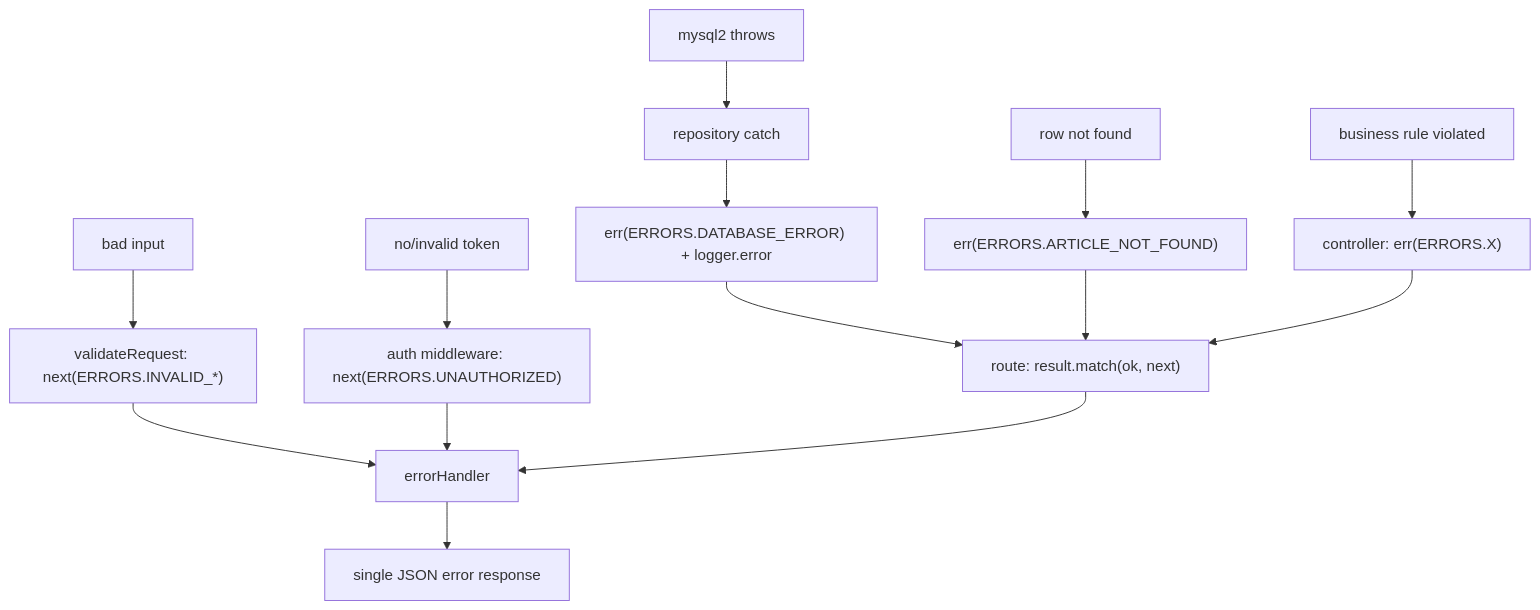
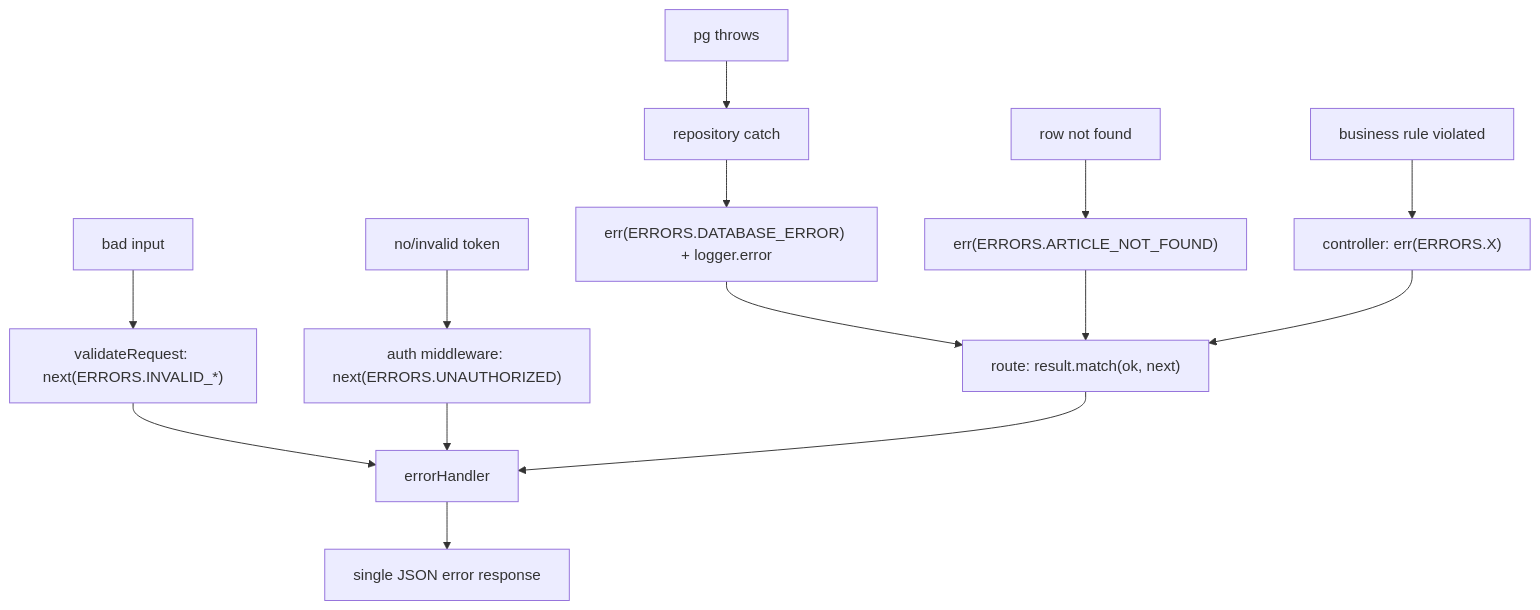
Before and after one commit to Prat05devs/pahadpulse: the diagram in guidelines/backend/06-error-and-logging.md, drawn with Mermaid. The commit also changed 90 other files, not shown here.

````diff
--- a/guidelines/backend/06-error-and-logging.md
+++ b/guidelines/backend/06-error-and-logging.md
@@ -10,12 +10,12 @@
 ```mermaid
 flowchart TD
-  A[mysql2 throws] --> B[repository catch]
+  A[pg throws] --> B[repository catch]
   B --> C["err(ERRORS.DATABASE_ERROR) + logger.error"]
   D[row not found] --> E["err(ERRORS.ARTICLE_NOT_FOUND)"]
   F[business rule violated] --> G["controller: err(ERRORS.X)"]
   H[bad input] --> I["validateRequest: next(ERRORS.INVALID_*)"]
   J[no/invalid token] --> K["auth middleware: next(ERRORS.UNAUTHORIZED)"]
   C & E & G --> L["route: result.match(ok, next)"]
   I & K & L --> M[errorHandler]
   M --> N[single JSON error response]
 ```
````
